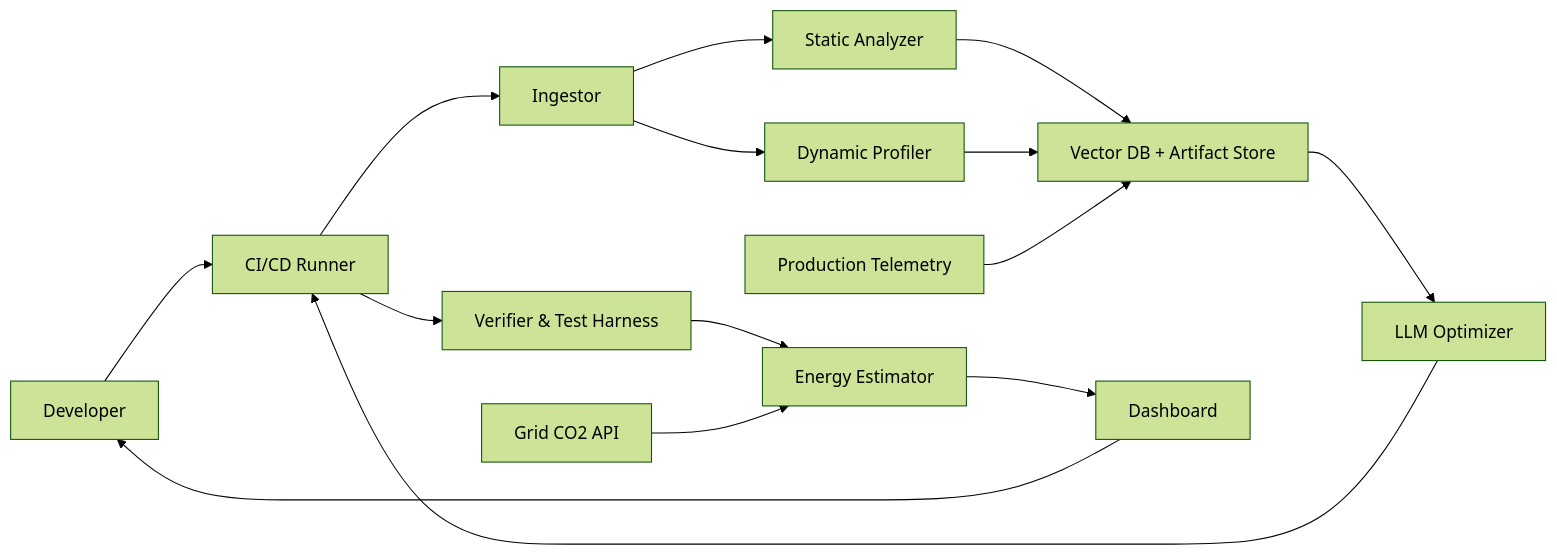
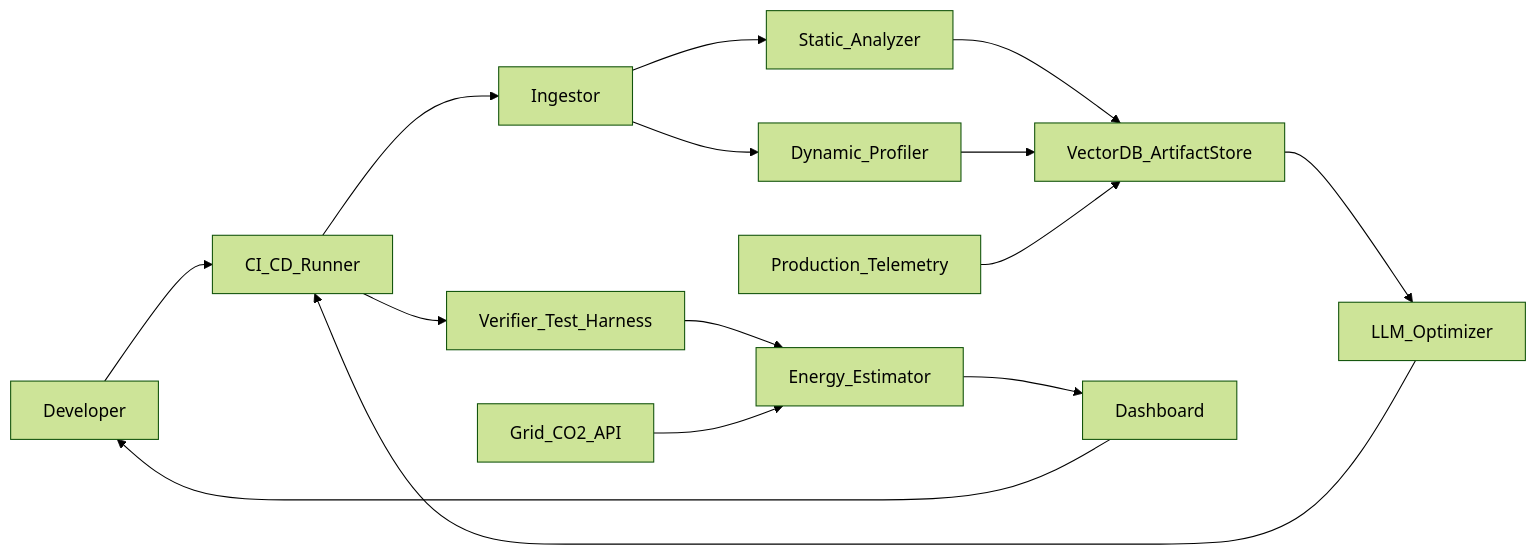
The third of 5 diagrams in ARCHITECTURE.md (arjunsn-03/Code_optimizer_majorProject), drawn with Mermaid (forest theme) before and after one commit. The commit also changed other lines of this file, not shown here.

````diff
--- a/ARCHITECTURE.md
+++ b/ARCHITECTURE.md
@@ -59,30 +59,30 @@
 ```mermaid
 flowchart LR
   Dev[Developer]
-  CI[CI/CD Runner]
+  CI[CI_CD_Runner]
   Ingestor[Ingestor]
-  Static[Static Analyzer]
-  Dynamic[Dynamic Profiler]
-  Indexer[Vector DB + Artifact Store]
-  LLM[LLM Optimizer]
-  Verifier[Verifier & Test Harness]
-  Energy[Energy Estimator]
+  Static[Static_Analyzer]
+  Dynamic[Dynamic_Profiler]
+  Indexer[VectorDB_ArtifactStore]
+  LLM[LLM_Optimizer]
+  Verifier[Verifier_Test_Harness]
+  Energy[Energy_Estimator]
   Dashboard[Dashboard]
-  Grid[Grid CO2 API]
-  Prod[Production Telemetry]
+  Grid[Grid_CO2_API]
+  Prod[Production_Telemetry]
 
   Dev --> CI
   CI --> Ingestor
   Ingestor --> Static
   Ingestor --> Dynamic
   Static --> Indexer
   Dynamic --> Indexer
   Indexer --> LLM
   LLM --> CI
   CI --> Verifier
   Verifier --> Energy
   Energy --> Dashboard
   Prod --> Indexer
   Grid --> Energy
   Dashboard --> Dev
 ```
````
